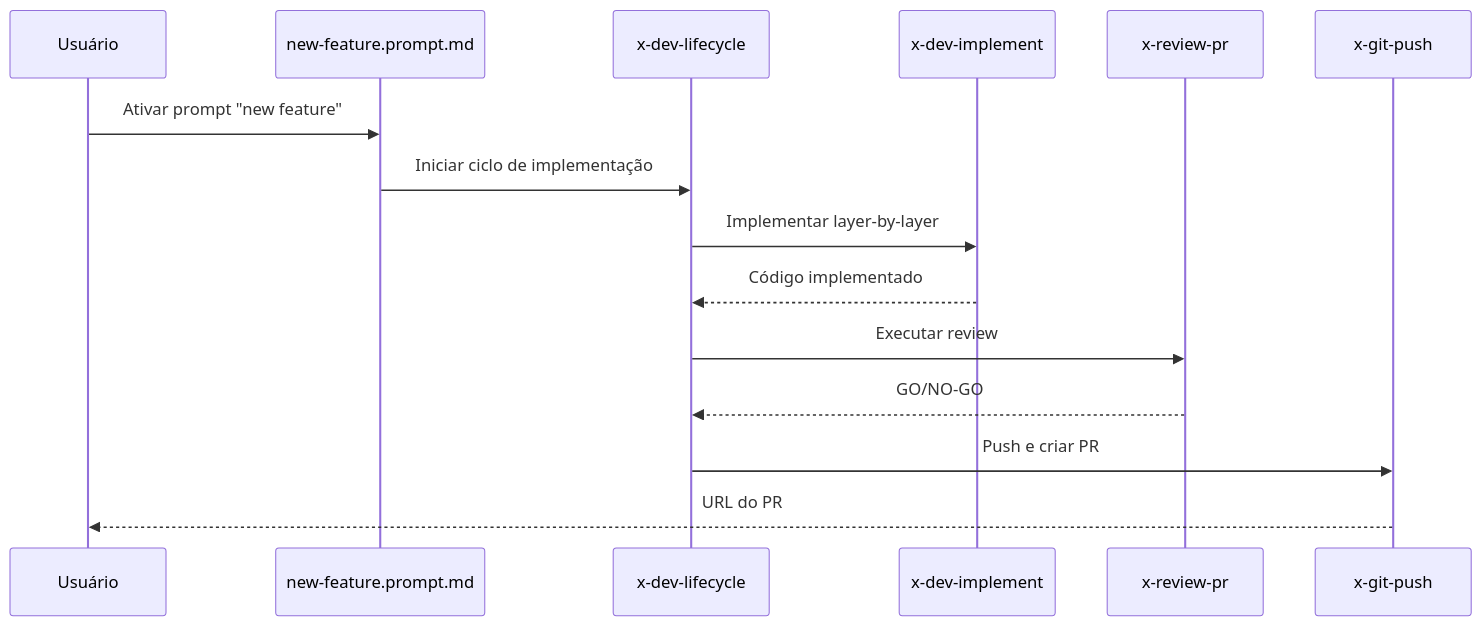
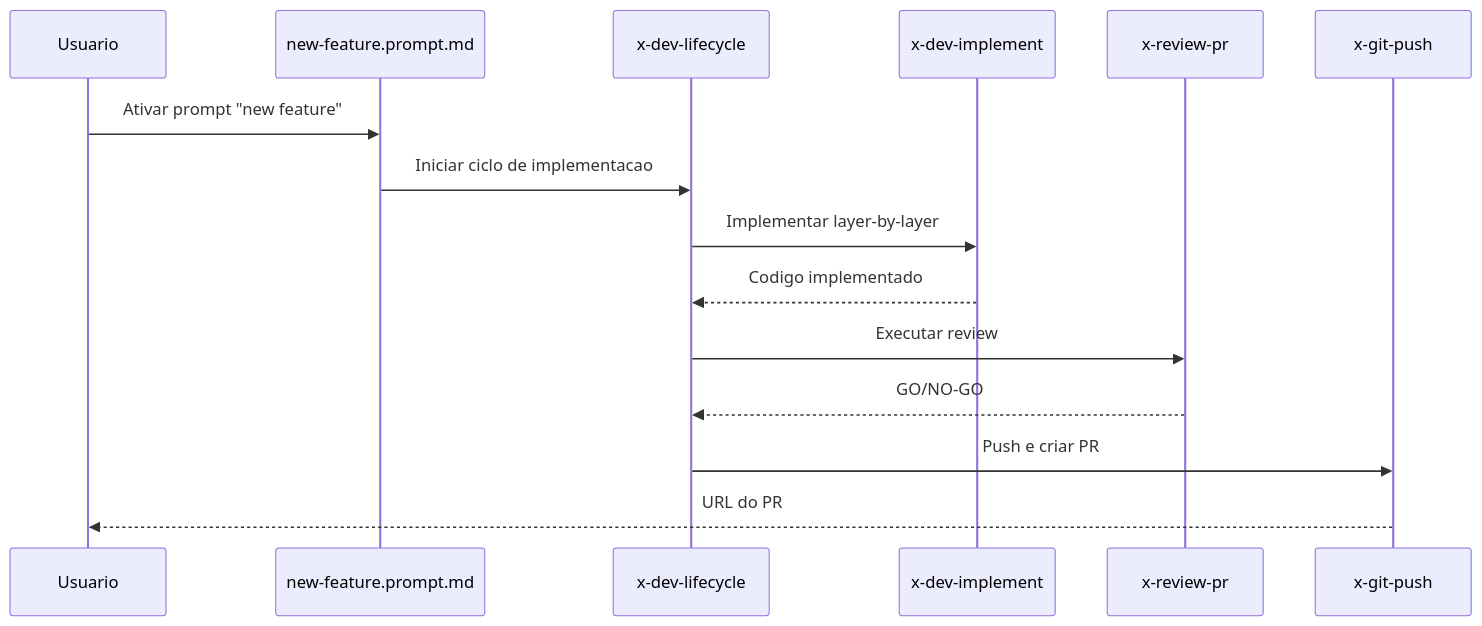
One commit to edercnj/ia-dev-environment changed the second of 2 diagrams in docs/stories/github-structure/STORY-012.md. Above: the diagram before and after it, drawn with Mermaid. The commit also changed other lines of this file and 64 other files, not shown here.

````diff
--- a/docs/stories/github-structure/STORY-012.md
+++ b/docs/stories/github-structure/STORY-012.md
@@ -88,18 +148,18 @@
 ```mermaid
 sequenceDiagram
-    participant U as Usuário
+    participant U as Usuario
     participant P as new-feature.prompt.md
     participant L as x-dev-lifecycle
     participant I as x-dev-implement
     participant R as x-review-pr
     participant G as x-git-push
 
     U->>P: Ativar prompt "new feature"
-    P->>L: Iniciar ciclo de implementação
+    P->>L: Iniciar ciclo de implementacao
     L->>I: Implementar layer-by-layer
-    I-->>L: Código implementado
+    I-->>L: Codigo implementado
     L->>R: Executar review
     R-->>L: GO/NO-GO
     L->>G: Push e criar PR
     G-->>U: URL do PR
 ```
````
